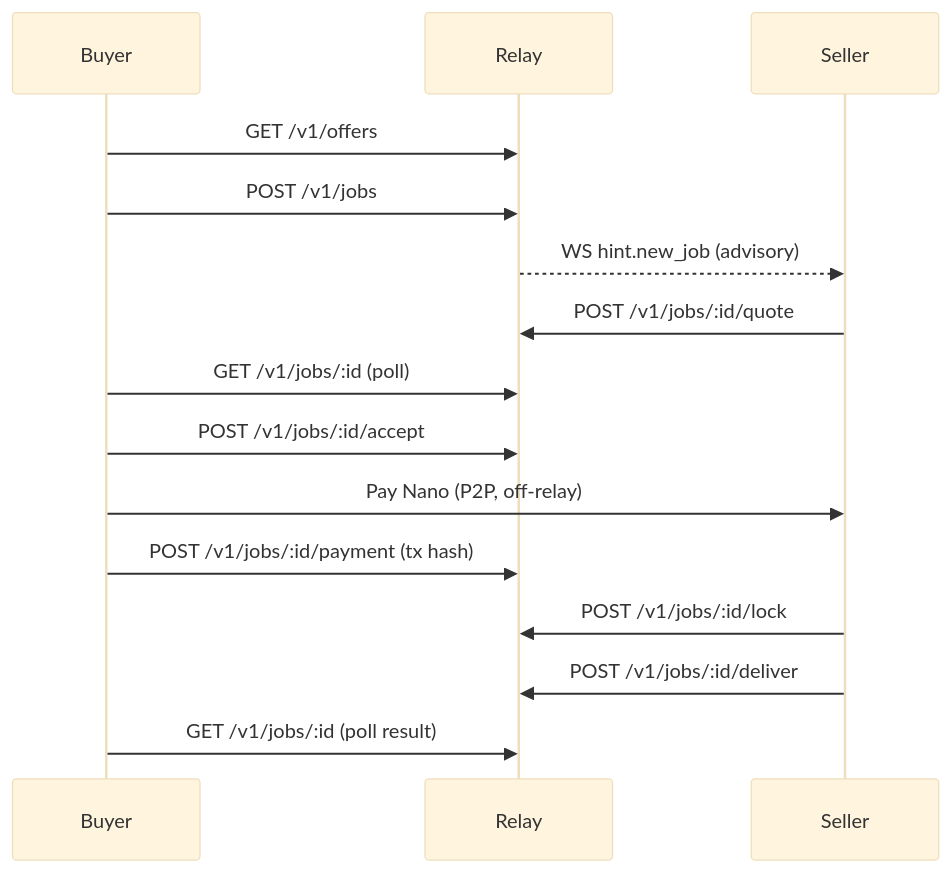
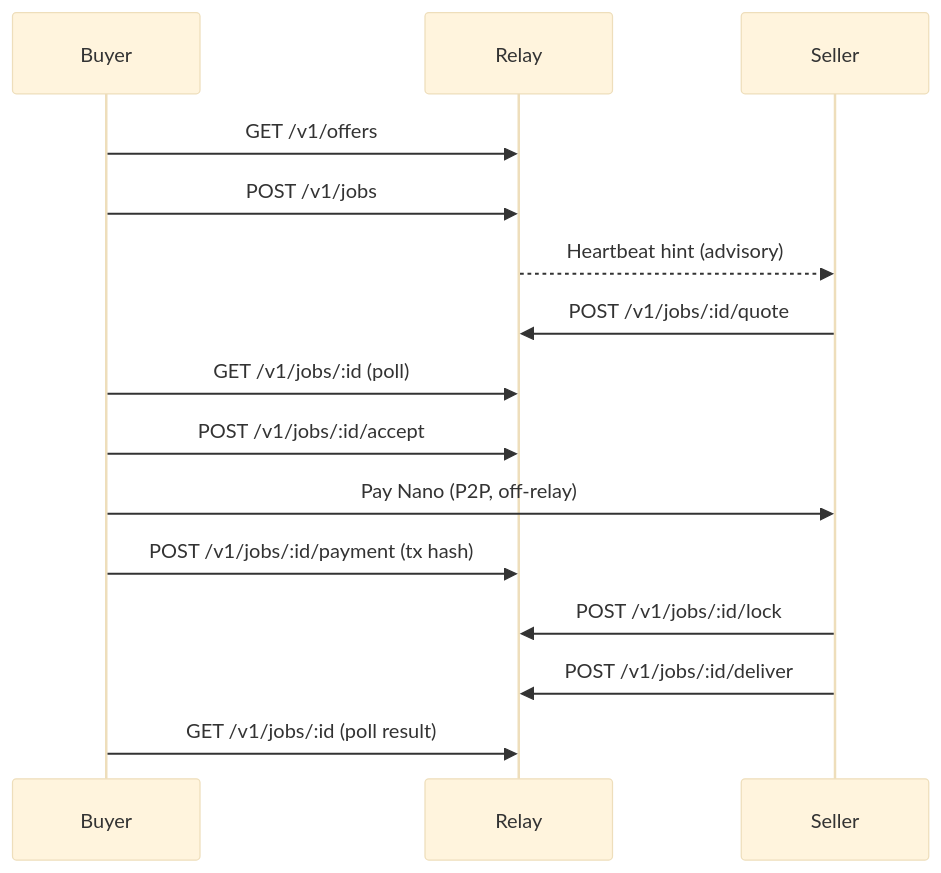
One commit to madsb/nanopay-relay changed the first of 2 diagrams in spec/REMAINING_WORK.md. Above: the diagram before and after it, drawn with Mermaid (base theme). The commit also changed other lines of this file and 10 other files, not shown here.

````diff
--- a/spec/REMAINING_WORK.md
+++ b/spec/REMAINING_WORK.md
@@ -50,18 +50,18 @@
 ```mermaid
 sequenceDiagram
   participant B as Buyer
   participant R as Relay
   participant S as Seller
 
   B->>R: GET /v1/offers
   B->>R: POST /v1/jobs
-  R-->>S: WS hint.new_job (advisory)
+  R-->>S: Heartbeat hint (advisory)
   S->>R: POST /v1/jobs/:id/quote
   B->>R: GET /v1/jobs/:id (poll)
   B->>R: POST /v1/jobs/:id/accept
   B->>S: Pay Nano (P2P, off‑relay)
   B->>R: POST /v1/jobs/:id/payment (tx hash)
   S->>R: POST /v1/jobs/:id/lock
   S->>R: POST /v1/jobs/:id/deliver
   B->>R: GET /v1/jobs/:id (poll result)
 ```
````
